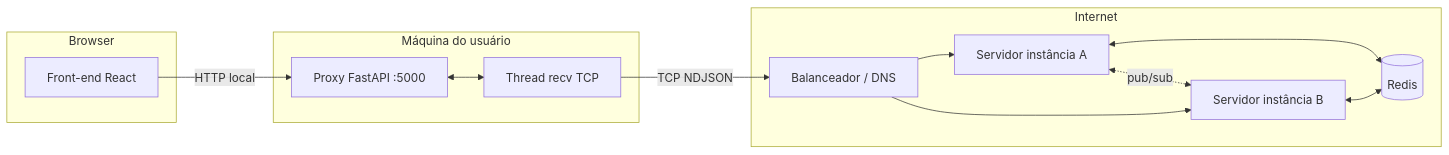
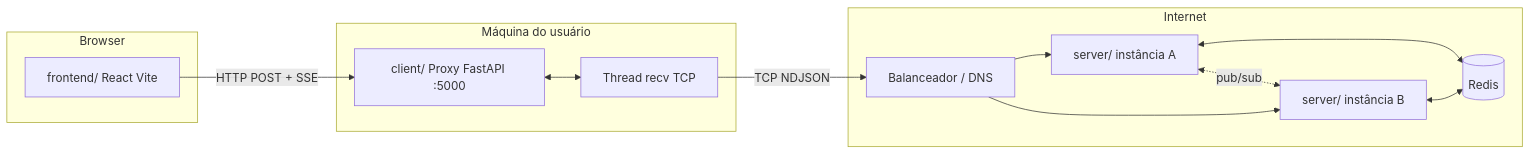
Before and after one commit to PedroCaurio/distributed-chat: the diagram in docs/ARCHITECTURE.md, drawn with Mermaid. The commit also changed other lines of this file and 28 other files, not shown here.

````diff
--- a/docs/ARCHITECTURE.md
+++ b/docs/ARCHITECTURE.md
@@ -9,24 +5,24 @@
 ```mermaid
 flowchart LR
   subgraph Browser
-    FE[Front-end React]
+    FE[frontend/ React Vite]
   end
-  subgraph UserMachine[Máquina do usuário]
-    P[Proxy FastAPI :5000]
+  subgraph UserPC[Máquina do usuário]
+    P[client/ Proxy FastAPI :5000]
     T[Thread recv TCP]
     P <--> T
   end
-  subgraph Internet[Internet]
+  subgraph Cloud[Internet]
     LB[Balanceador / DNS]
-    S1[Servidor instância A]
-    S2[Servidor instância B]
+    S1[server/ instância A]
+    S2[server/ instância B]
     R[(Redis)]
   end
-  FE -->|HTTP local| P
+  FE -->|HTTP POST + SSE| P
   T -->|TCP NDJSON| LB
   LB --> S1
   LB --> S2
   S1 <--> R
   S2 <--> R
   S1 <-. pub/sub .-> S2
 ```
````
